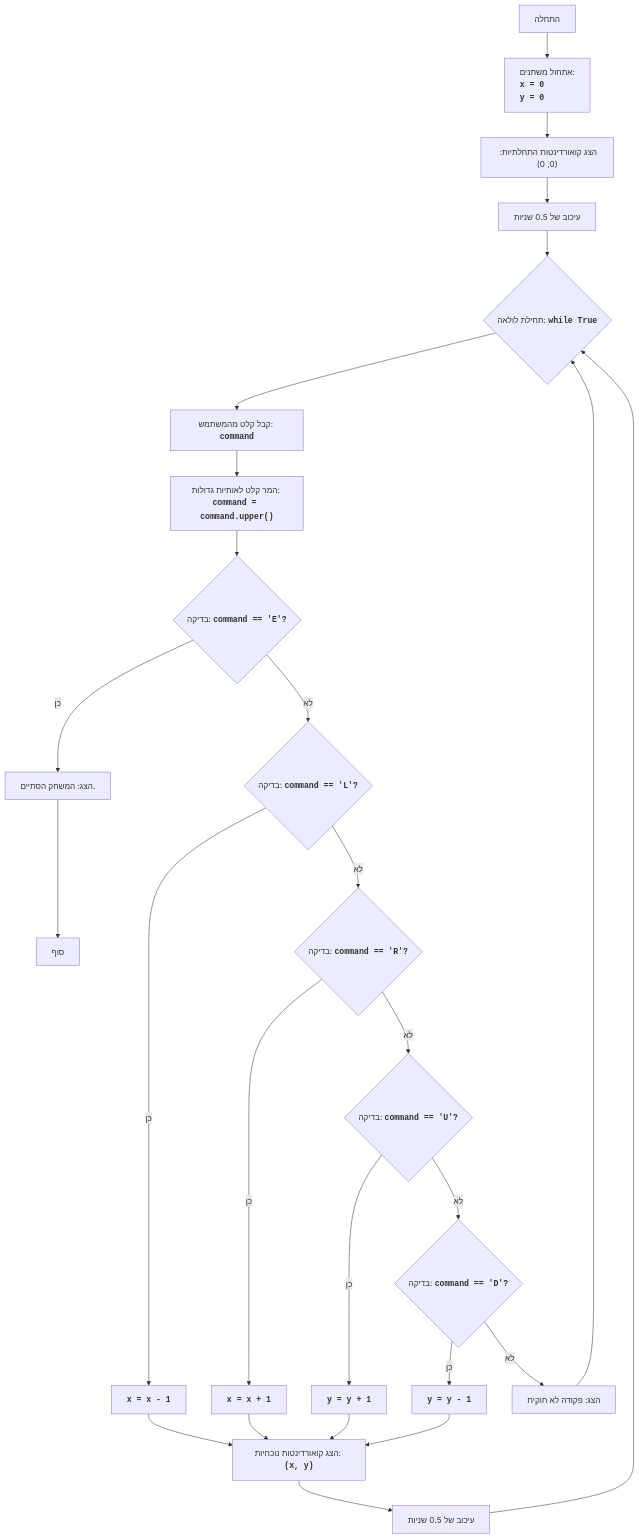
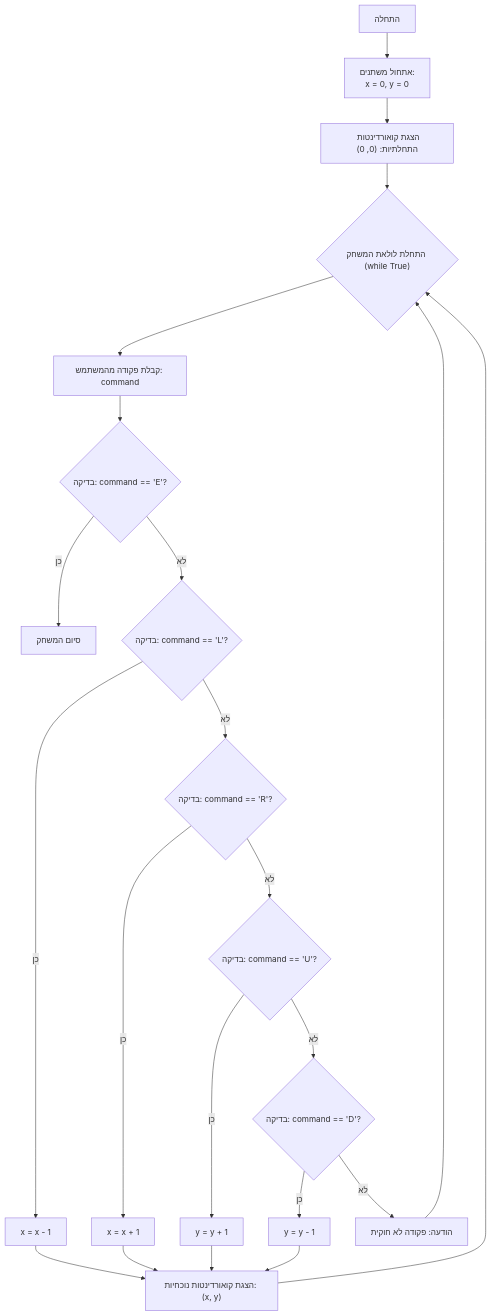
One commit to hypo69/hypo changed the diagram in docs/gemini/he/explainer/src/endpoints/ai_games/101_basic_computer_games/ru/GAMES/KINEMA/kinema.py.md. Above: the diagram before and after it, drawn with Mermaid. The commit also changed other lines of this file and 885 other files, not shown here.

````diff
--- a/docs/gemini/he/explainer/src/endpoints/ai_games/101_basic_computer_games/ru/GAMES/KINEMA/kinema.py.md
+++ b/docs/gemini/he/explainer/src/endpoints/ai_games/101_basic_computer_games/ru/GAMES/KINEMA/kinema.py.md
@@ -54,29 +47,25 @@
 ```mermaid
 flowchart TD
-    Start["התחלה"] --> InitializeVariables["<p align='left'>אתחול משתנים:\n    <code><b>x = 0</b></code>\n    <code><b>y = 0</b></code></p>"]
-    InitializeVariables --> OutputInitialCoordinates["הצג קואורדינטות התחלתיות: (0, 0)"]
-    OutputInitialCoordinates --> Delay1["עיכוב של 0.5 שניות"]
-    Delay1 --> LoopStart{"תחילת לולאה: <code><b>while True</b></code>"}
-    LoopStart --> InputCommand["קבל קלט מהמשתמש: <code><b>command</b></code>"]
-    InputCommand --> ToUpper["המר קלט לאותיות גדולות: <code><b>command = command.upper()</b></code>"]
-    ToUpper --> CheckCommandE{"בדיקה: <code><b>command == 'E'?</b></code>"}
-    CheckCommandE -- כן --> OutputEndMessage["הצג: המשחק הסתיים."]
-    OutputEndMessage --> End["סוף"]
-    CheckCommandE -- לא --> CheckCommandL{"בדיקה: <code><b>command == 'L'?</b></code>"}
-    CheckCommandL -- כן --> MoveLeft["<code><b>x = x - 1</b></code>"]
-    MoveLeft --> OutputCurrentCoordinates["הצג קואורדינטות נוכחיות: <code><b>(x, y)</b></code>"]
-    CheckCommandL -- לא --> CheckCommandR{"בדיקה: <code><b>command == 'R'?</b></code>"}
-    CheckCommandR -- כן --> MoveRight["<code><b>x = x + 1</b></code>"]
+    Start["התחלה"] --> InitializeVariables["אתחול משתנים: 
+    x = 0, y = 0"]
+    InitializeVariables --> OutputInitialCoordinates["הצגת קואורדינטות התחלתיות: (0, 0)"]
+    OutputInitialCoordinates --> GameLoopStart{"התחלת לולאת המשחק (while True)"}
+    GameLoopStart --> GetCommand["קבלת פקודה מהמשתמש: command"]
+    GetCommand --> CheckExitCommand{"בדיקה: command == 'E'?"}
+    CheckExitCommand -- כן --> End["סיום המשחק"]
+    CheckExitCommand -- לא --> CheckMoveLeft{"בדיקה: command == 'L'?"}
+    CheckMoveLeft -- כן --> MoveLeft["x = x - 1"]
+    MoveLeft --> OutputCurrentCoordinates["הצגת קואורדינטות נוכחיות: (x, y)"]
+    OutputCurrentCoordinates --> GameLoopStart
+    CheckMoveLeft -- לא --> CheckMoveRight{"בדיקה: command == 'R'?"}
+    CheckMoveRight -- כן --> MoveRight["x = x + 1"]
     MoveRight --> OutputCurrentCoordinates
-    CheckCommandR -- לא --> CheckCommandU{"בדיקה: <code><b>command == 'U'?</b></code>"}
-    CheckCommandU -- כן --> MoveUp["<code><b>y = y + 1</b></code>"]
+    CheckMoveRight -- לא --> CheckMoveUp{"בדיקה: command == 'U'?"}
+     CheckMoveUp -- כן --> MoveUp["y = y + 1"]
     MoveUp --> OutputCurrentCoordinates
-    CheckCommandU -- לא --> CheckCommandD{"בדיקה: <code><b>command == 'D'?</b></code>"}
-    CheckCommandD -- כן --> MoveDown["<code><b>y = y - 1</b></code>"]
+    CheckMoveUp -- לא --> CheckMoveDown{"בדיקה: command == 'D'?"}
+    CheckMoveDown -- כן --> MoveDown["y = y - 1"]
     MoveDown --> OutputCurrentCoordinates
-    CheckCommandD -- לא --> OutputInvalidCommand["הצג: פקודה לא חוקית"]
-    OutputInvalidCommand --> LoopStart
-    OutputCurrentCoordinates --> Delay2["עיכוב של 0.5 שניות"]
-    Delay2 --> LoopStart
-
+    CheckMoveDown -- לא --> InvalidCommandMessage["הודעה: פקודה לא חוקית"]
+    InvalidCommandMessage --> GameLoopStart
 ```
````
